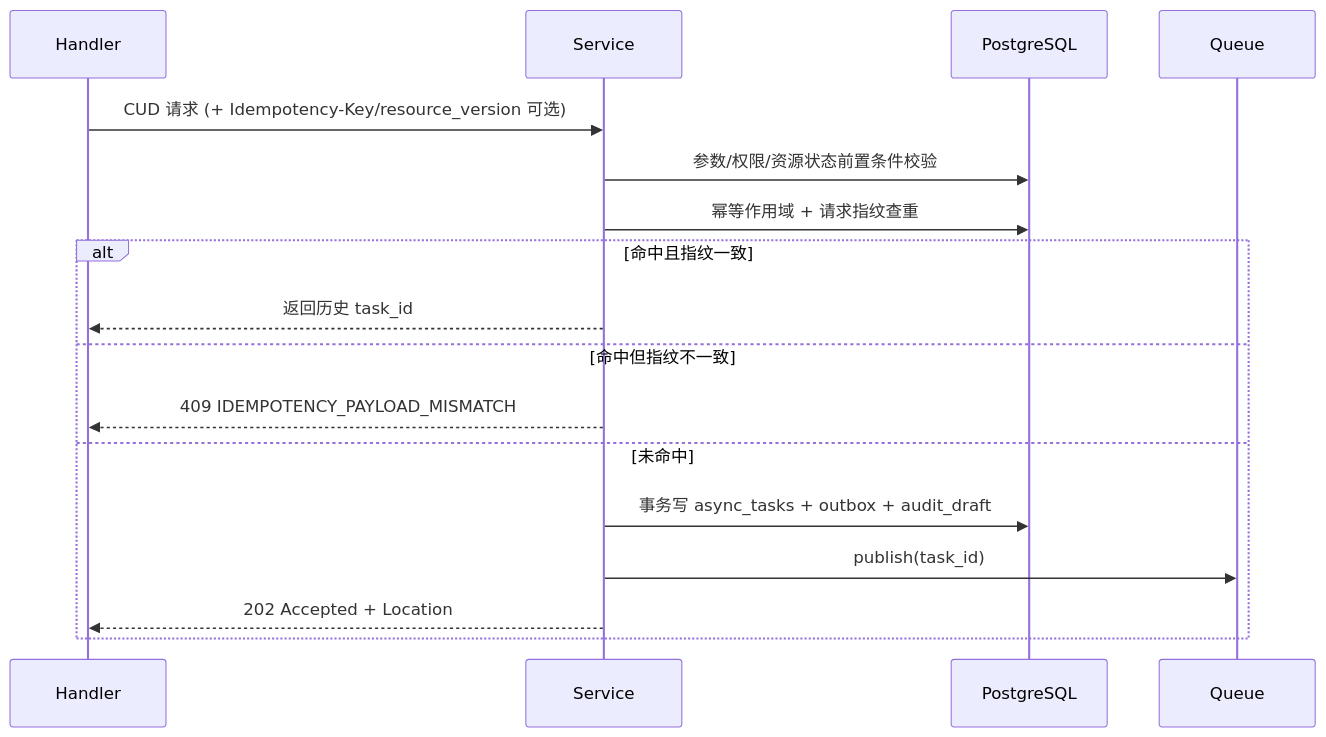
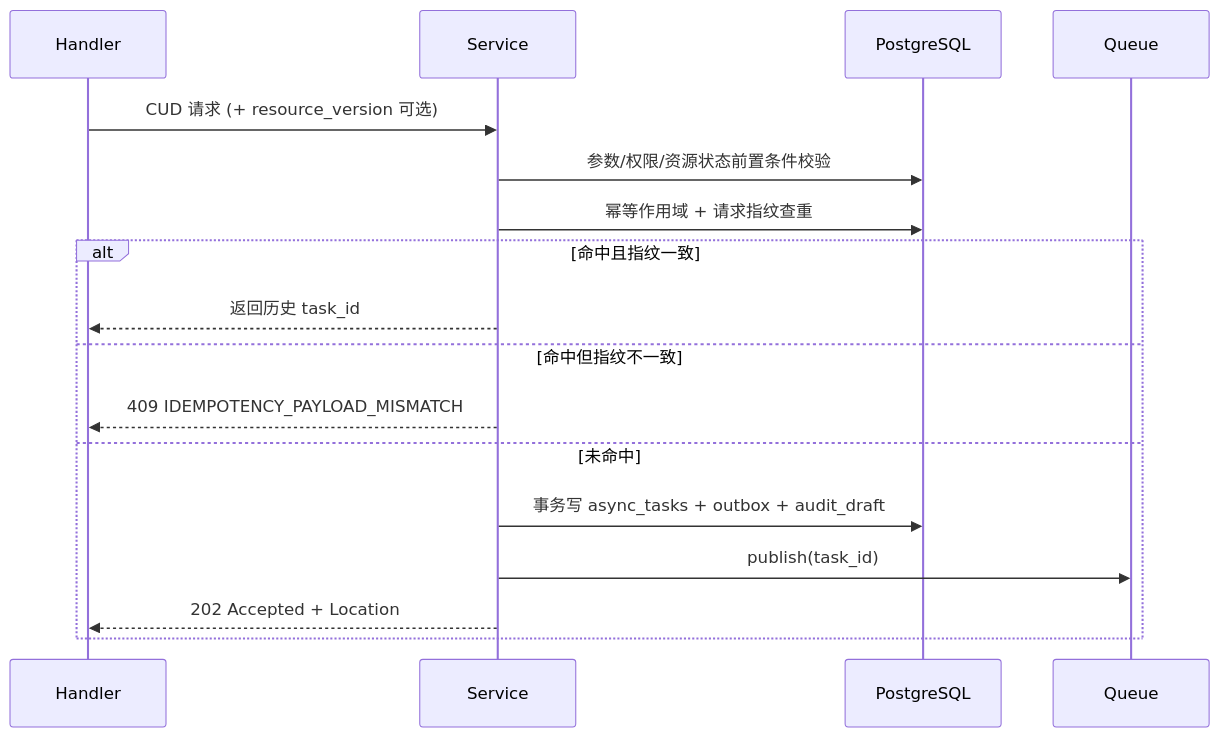
One commit to sentanl869/aether changed diagram 15 of 26 in docs/design.md. Above: the diagram before and after it, drawn with Mermaid. The commit also changed other lines of this file and 2 other files, not shown here.

Commit message:
[UPDATE]Complete T33 idempotency-key terminology cleanup (remove external Idempotency-Key/idempotency_key semantics) and sync ADR-109 across design/decision/task docs

````diff
--- a/docs/design.md
+++ b/docs/design.md
@@ -2317,20 +2311,20 @@
 ```mermaid
 sequenceDiagram
   participant H as Handler
   participant S as Service
   participant DB as PostgreSQL
   participant Q as Queue
 
-  H->>S: CUD 请求 (+ Idempotency-Key/resource_version 可选)
+  H->>S: CUD 请求 (+ resource_version 可选)
   S->>DB: 参数/权限/资源状态前置条件校验
   S->>DB: 幂等作用域 + 请求指纹查重
   alt 命中且指纹一致
     S-->>H: 返回历史 task_id
   else 命中但指纹不一致
     S-->>H: 409 IDEMPOTENCY_PAYLOAD_MISMATCH
   else 未命中
     S->>DB: 事务写 async_tasks + outbox + audit_draft
     S->>Q: publish(task_id)
     S-->>H: 202 Accepted + Location
   end
 ```
````
